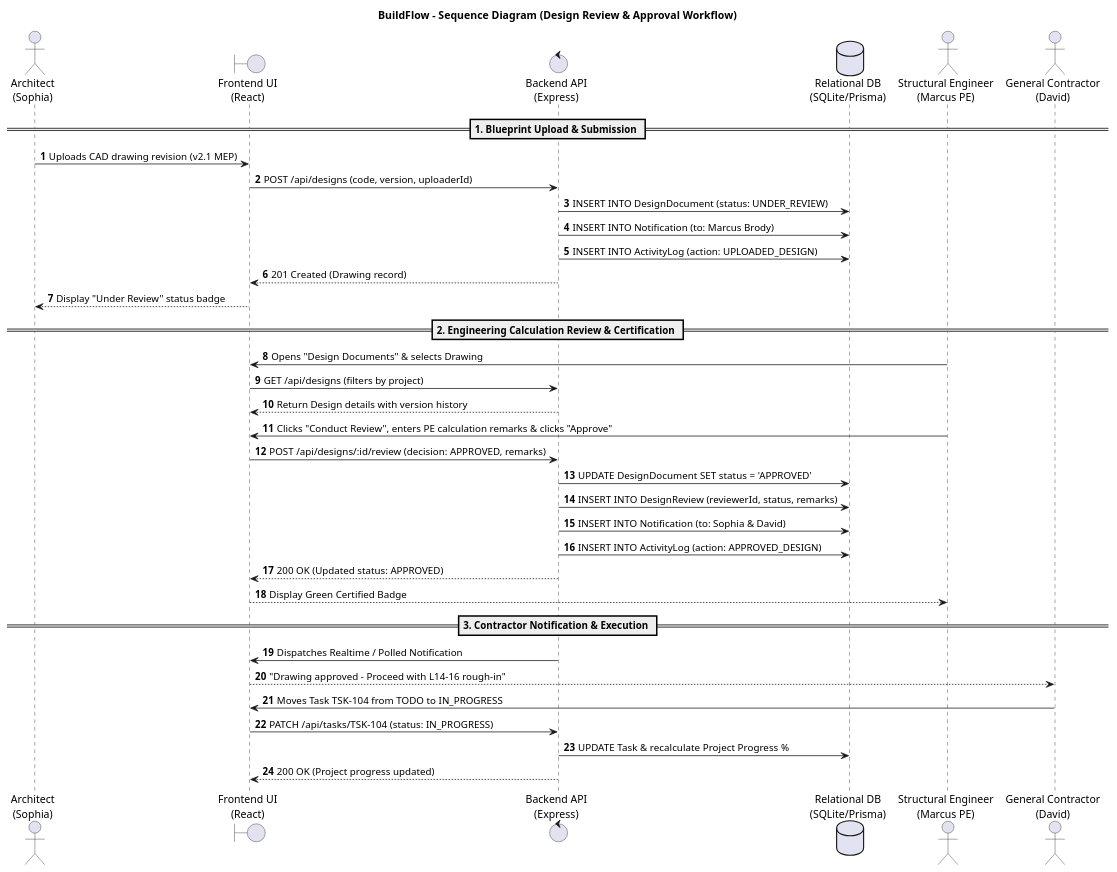
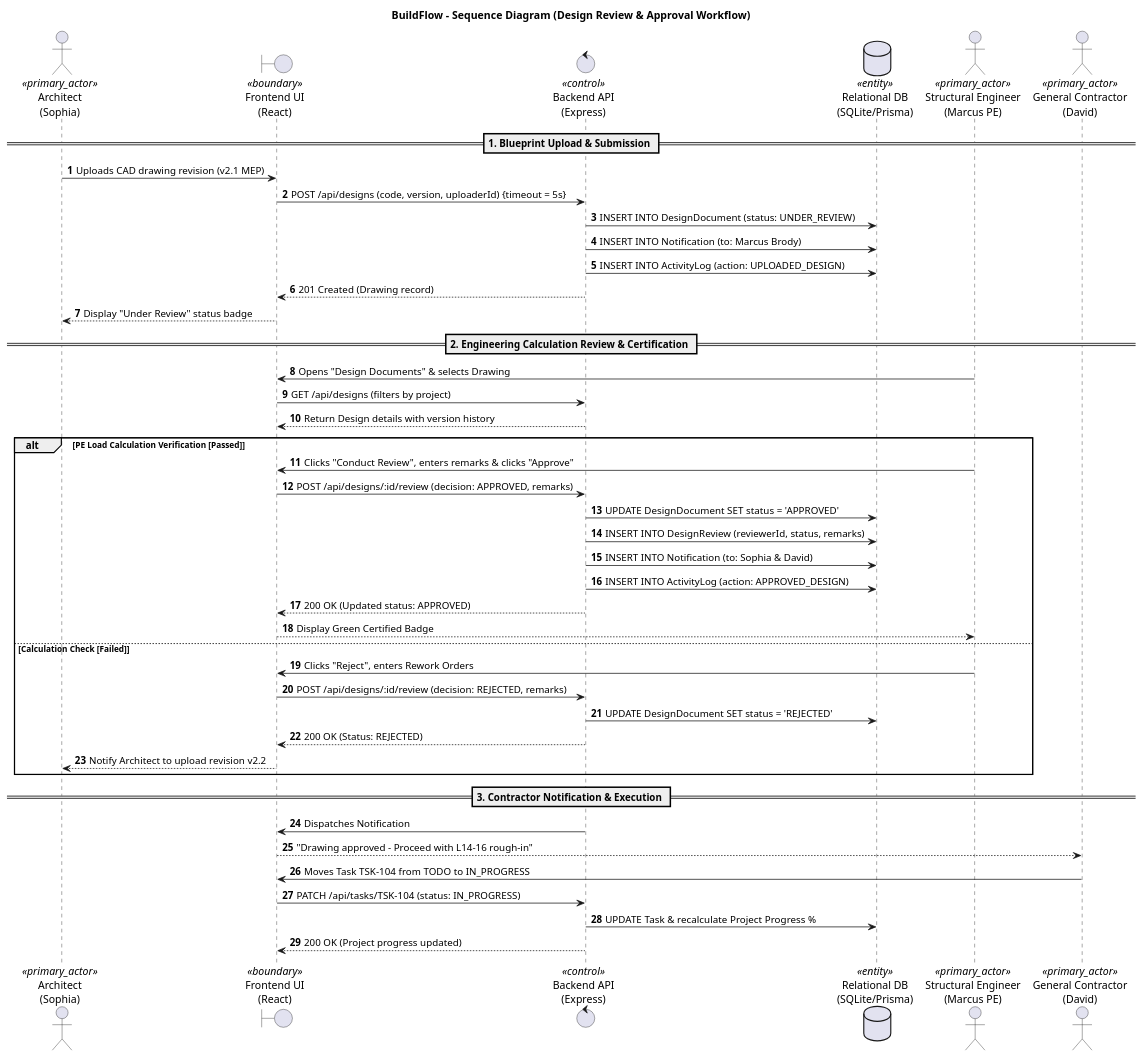
The diagram in docs/uml/sequence_diagram.puml (Shaunakrane914/BuildFlow), drawn with PlantUML before and after one commit. The commit also changed 7 other files, not shown here.

Commit message:
feat(uml): implement full 100% SEPM UML compliance across all 9 diagrams (swimlanes, stereotypes, generalization trees, realization contracts, include/extend, alt/else fragments)

```diff
--- a/docs/uml/sequence_diagram.puml
+++ b/docs/uml/sequence_diagram.puml
@@ -1,40 +1,51 @@
 @startuml BuildFlow_Sequence_Diagram
 title BuildFlow - Sequence Diagram (Design Review & Approval Workflow)
 autonumber
-actor "Architect\n(Sophia)" as Arch
-boundary "Frontend UI\n(React)" as UI
-control "Backend API\n(Express)" as API
-database "Relational DB\n(SQLite/Prisma)" as DB
-actor "Structural Engineer\n(Marcus PE)" as Eng
-actor "General Contractor\n(David)" as Cont
+skinparam shadowing false
+
+actor "Architect\n(Sophia)" as Arch <<primary_actor>>
+boundary "Frontend UI\n(React)" as UI <<boundary>>
+control "Backend API\n(Express)" as API <<control>>
+database "Relational DB\n(SQLite/Prisma)" as DB <<entity>>
+actor "Structural Engineer\n(Marcus PE)" as Eng <<primary_actor>>
+actor "General Contractor\n(David)" as Cont <<primary_actor>>
 
 == 1. Blueprint Upload & Submission ==
 Arch -> UI: Uploads CAD drawing revision (v2.1 MEP)
-UI -> API: POST /api/designs (code, version, uploaderId)
+UI -> API: POST /api/designs (code, version, uploaderId) {timeout = 5s}
 API -> DB: INSERT INTO DesignDocument (status: UNDER_REVIEW)
 API -> DB: INSERT INTO Notification (to: Marcus Brody)
 API -> DB: INSERT INTO ActivityLog (action: UPLOADED_DESIGN)
 API --> UI: 201 Created (Drawing record)
 UI --> Arch: Display "Under Review" status badge
 
 == 2. Engineering Calculation Review & Certification ==
 Eng -> UI: Opens "Design Documents" & selects Drawing
 UI -> API: GET /api/designs (filters by project)
 API --> UI: Return Design details with version history
-Eng -> UI: Clicks "Conduct Review", enters PE calculation remarks & clicks "Approve"
-UI -> API: POST /api/designs/:id/review (decision: APPROVED, remarks)
-API -> DB: UPDATE DesignDocument SET status = 'APPROVED'
-API -> DB: INSERT INTO DesignReview (reviewerId, status, remarks)
-API -> DB: INSERT INTO Notification (to: Sophia & David)
-API -> DB: INSERT INTO ActivityLog (action: APPROVED_DESIGN)
-API --> UI: 200 OK (Updated status: APPROVED)
-UI --> Eng: Display Green Certified Badge
+
+alt PE Load Calculation Verification [Passed]
+  Eng -> UI: Clicks "Conduct Review", enters remarks & clicks "Approve"
+  UI -> API: POST /api/designs/:id/review (decision: APPROVED, remarks)
+  API -> DB: UPDATE DesignDocument SET status = 'APPROVED'
+  API -> DB: INSERT INTO DesignReview (reviewerId, status, remarks)
+  API -> DB: INSERT INTO Notification (to: Sophia & David)
+  API -> DB: INSERT INTO ActivityLog (action: APPROVED_DESIGN)
+  API --> UI: 200 OK (Updated status: APPROVED)
+  UI --> Eng: Display Green Certified Badge
+else Calculation Check [Failed]
+  Eng -> UI: Clicks "Reject", enters Rework Orders
+  UI -> API: POST /api/designs/:id/review (decision: REJECTED, remarks)
+  API -> DB: UPDATE DesignDocument SET status = 'REJECTED'
+  API --> UI: 200 OK (Status: REJECTED)
+  UI --> Arch: Notify Architect to upload revision v2.2
+end
 
 == 3. Contractor Notification & Execution ==
-API -> UI: Dispatches Realtime / Polled Notification
+API -> UI: Dispatches Notification
 UI --> Cont: "Drawing approved - Proceed with L14-16 rough-in"
 Cont -> UI: Moves Task TSK-104 from TODO to IN_PROGRESS
 UI -> API: PATCH /api/tasks/TSK-104 (status: IN_PROGRESS)
 API -> DB: UPDATE Task & recalculate Project Progress %
 API --> UI: 200 OK (Project progress updated)
 @enduml
```
